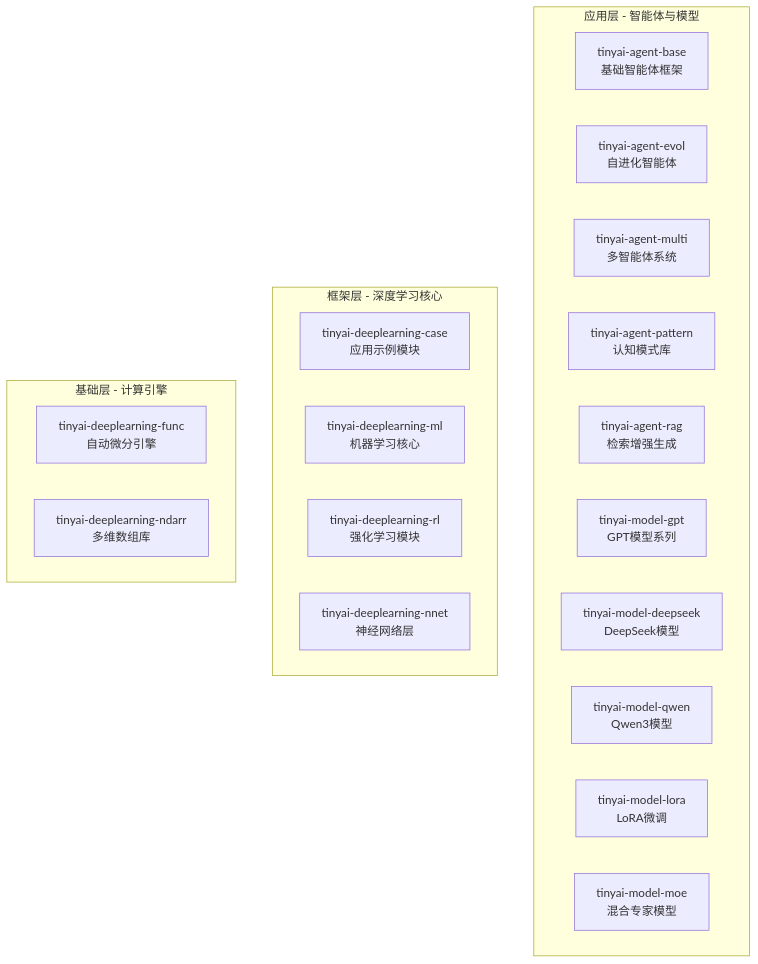
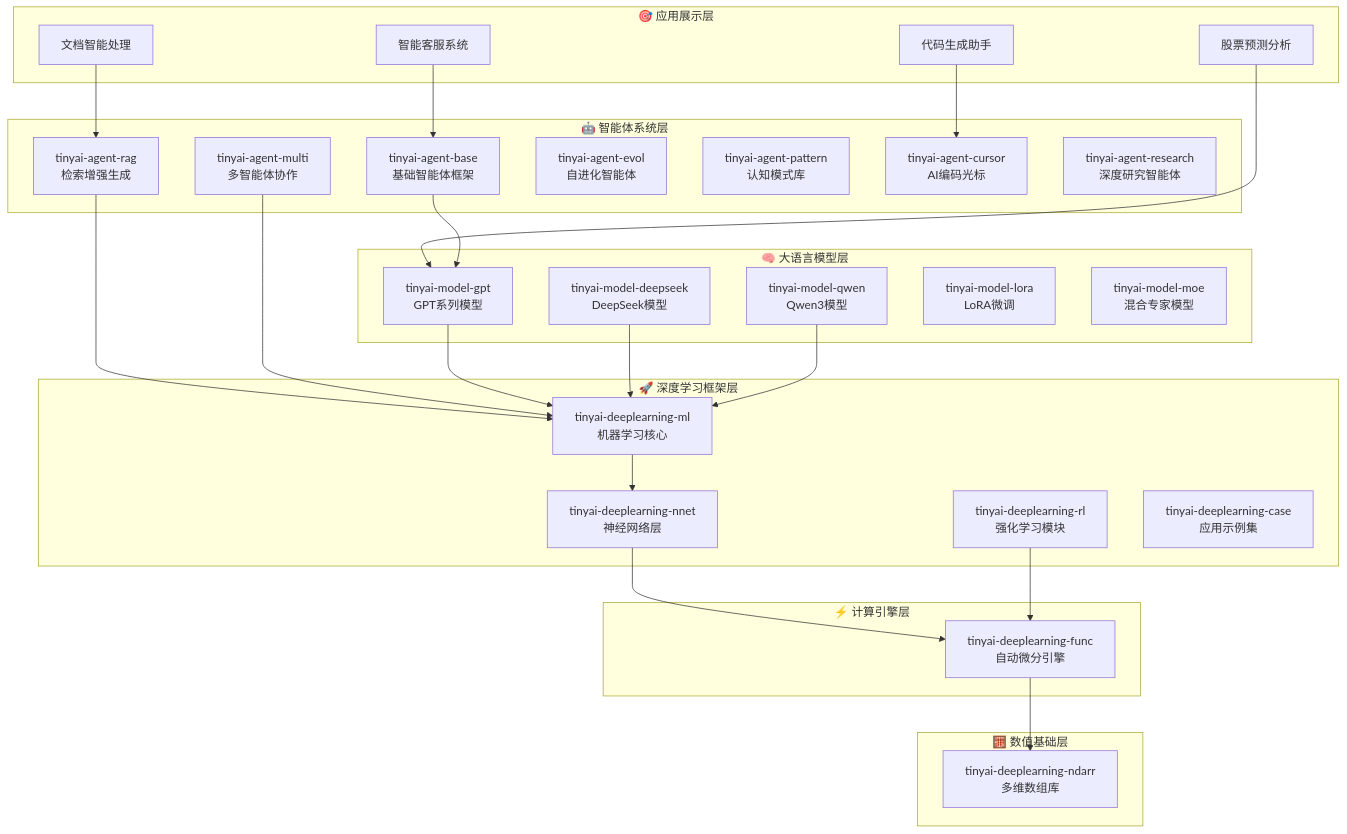
One commit to Leavesfly/TinyAI changed the diagram in README.md. Above: the diagram before and after it, drawn with Mermaid.

````diff
--- a/README.md
+++ b/README.md
@@ -47,28 +46,61 @@
 ```mermaid
 graph TB
-    subgraph "应用层 - 智能体与模型"
-        AgentBase[tinyai-agent-base<br/>基础智能体框架]
-        AgentEvol[tinyai-agent-evol<br/>自进化智能体]
-        AgentMulti[tinyai-agent-multi<br/>多智能体系统]
-        AgentPattern[tinyai-agent-pattern<br/>认知模式库]
-        AgentRAG[tinyai-agent-rag<br/>检索增强生成]
-        
-        ModelGPT[tinyai-model-gpt<br/>GPT模型系列]
-        ModelDeepSeek[tinyai-model-deepseek<br/>DeepSeek模型]
-        ModelQwen[tinyai-model-qwen<br/>Qwen3模型]
-        ModelLoRA[tinyai-model-lora<br/>LoRA微调]
-        ModelMoE[tinyai-model-moe<br/>混合专家模型]
+    subgraph "🎯 应用展示层"
+        App1[智能客服系统]
+        App2[代码生成助手] 
+        App3[文档智能处理]
+        App4[股票预测分析]
     end
     
-    subgraph "框架层 - 深度学习核心"
-        DLCase[tinyai-deeplearning-case<br/>应用示例模块]
-        DLML[tinyai-deeplearning-ml<br/>机器学习核心]
-        DLRL[tinyai-deeplearning-rl<br/>强化学习模块]
-        DLNNet[tinyai-deeplearning-nnet<br/>神经网络层]
+    subgraph "🤖 智能体系统层"
+        Agent1[tinyai-agent-base<br/>基础智能体框架]
+        Agent2[tinyai-agent-rag<br/>检索增强生成]
+        Agent3[tinyai-agent-multi<br/>多智能体协作]
+        Agent4[tinyai-agent-evol<br/>自进化智能体]
+        Agent5[tinyai-agent-pattern<br/>认知模式库]
+        Agent6[tinyai-agent-cursor<br/>AI编码光标]
+        Agent7[tinyai-agent-research<br/>深度研究智能体]
     end
     
-    subgraph "基础层 - 计算引擎"
-        DLFunc[tinyai-deeplearning-func<br/>自动微分引擎]
-        DLNdArr[tinyai-deeplearning-ndarr<br/>多维数组库]
+    subgraph "🧠 大语言模型层"
+        Model1[tinyai-model-gpt<br/>GPT系列模型]
+        Model2[tinyai-model-deepseek<br/>DeepSeek模型]
+        Model3[tinyai-model-qwen<br/>Qwen3模型]
+        Model4[tinyai-model-lora<br/>LoRA微调]
+        Model5[tinyai-model-moe<br/>混合专家模型]
     end
+    
+    subgraph "🚀 深度学习框架层"
+        DL1[tinyai-deeplearning-ml<br/>机器学习核心]
+        DL2[tinyai-deeplearning-nnet<br/>神经网络层]
+        DL3[tinyai-deeplearning-rl<br/>强化学习模块]
+        DL4[tinyai-deeplearning-case<br/>应用示例集]
+    end
+    
+    subgraph "⚡ 计算引擎层"
+        Engine1[tinyai-deeplearning-func<br/>自动微分引擎]
+    end
+    
+    subgraph "🧮 数值基础层"
+        Base1[tinyai-deeplearning-ndarr<br/>多维数组库]
+    end
+    
+    App1 --> Agent1
+    App2 --> Agent6
+    App3 --> Agent2
+    App4 --> Model1
+    
+    Agent1 --> Model1
+    Agent2 --> DL1
+    Agent3 --> DL1
+    
+    Model1 --> DL1
+    Model2 --> DL1
+    Model3 --> DL1
+    
+    DL1 --> DL2
+    DL2 --> Engine1
+    DL3 --> Engine1
+    
+    Engine1 --> Base1
 ```
````
